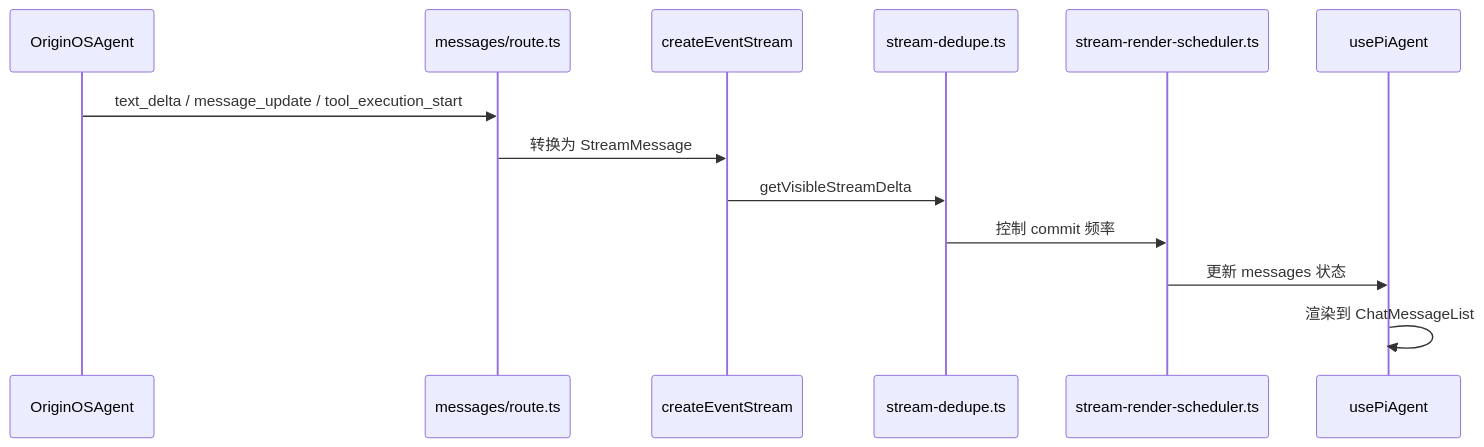
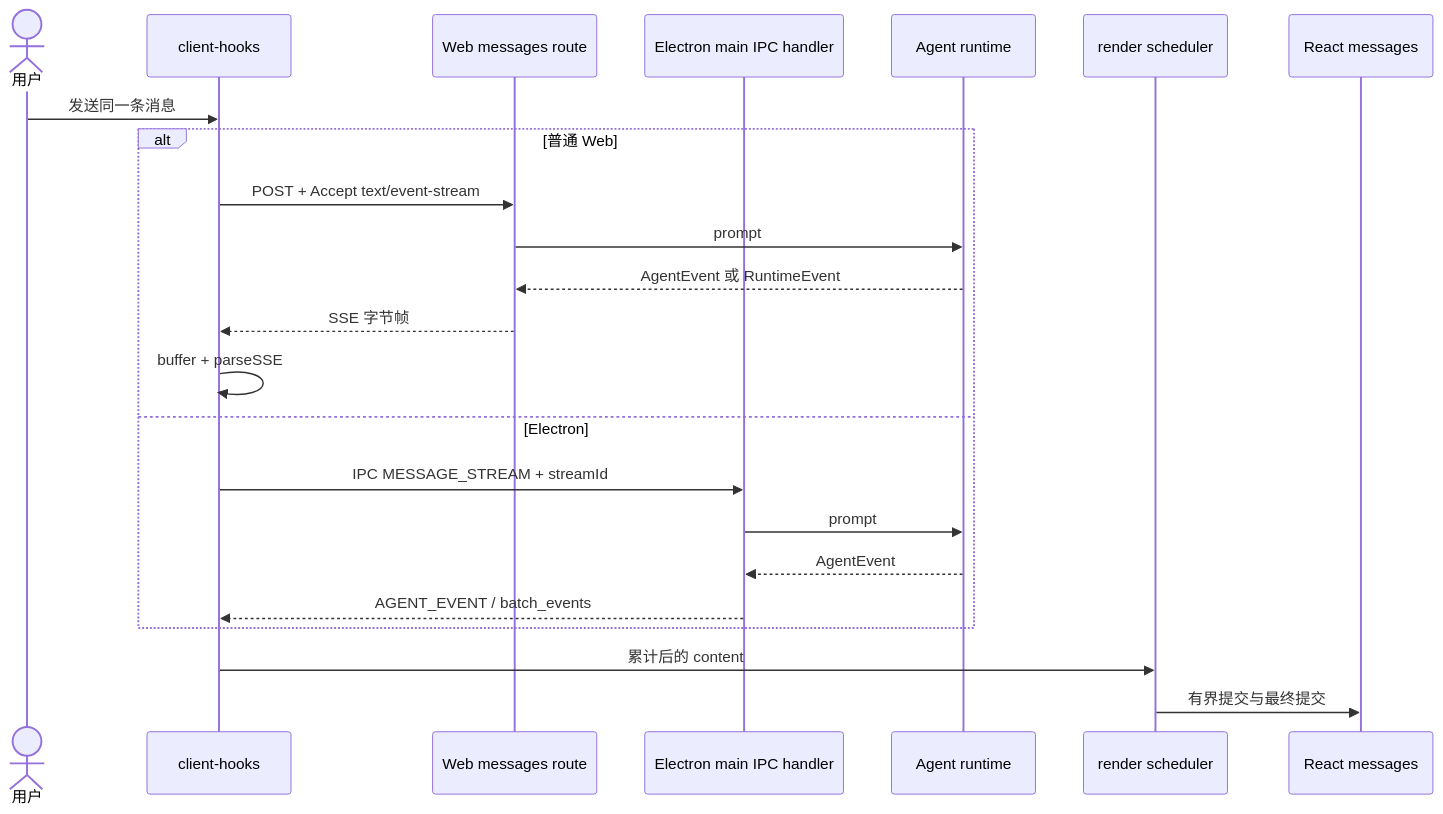
Before and after one commit to LavaCourage07/startupOS: the diagram in learning-note/full-project-course-v2/textbook/part-b-user-operation-chain/B09-streaming-response-piece-by-piece.md, drawn with Mermaid. The commit also changed other lines of this file and 560 other files, not shown here.

````diff
--- a/learning-note/full-project-course-v2/textbook/part-b-user-operation-chain/B09-streaming-response-piece-by-piece.md
+++ b/learning-note/full-project-course-v2/textbook/part-b-user-operation-chain/B09-streaming-response-piece-by-piece.md
@@ -11,16 +9,26 @@
 ```mermaid
 sequenceDiagram
-    participant Runtime as OriginOSAgent
-    participant API as messages/route.ts
-    participant Bridge as createEventStream
-    participant Dedupe as stream-dedupe.ts
-    participant Scheduler as stream-render-scheduler.ts
-    participant UI as usePiAgent
+    actor U as 用户
+    participant H as client-hooks
+    participant W as Web messages route
+    participant E as Electron main IPC handler
+    participant R as Agent runtime
+    participant Q as render scheduler
+    participant UI as React messages
 
-    Runtime->>API: text_delta / message_update / tool_execution_start
-    API->>Bridge: 转换为 StreamMessage
-    Bridge->>Dedupe: getVisibleStreamDelta
-    Dedupe->>Scheduler: 控制 commit 频率
-    Scheduler->>UI: 更新 messages 状态
-    UI->>UI: 渲染到 ChatMessageList
+    U->>H: 发送同一条消息
+    alt 普通 Web
+        H->>W: POST + Accept text/event-stream
+        W->>R: prompt
+        R-->>W: AgentEvent 或 RuntimeEvent
+        W-->>H: SSE 字节帧
+        H->>H: buffer + parseSSE
+    else Electron
+        H->>E: IPC MESSAGE_STREAM + streamId
+        E->>R: prompt
+        R-->>E: AgentEvent
+        E-->>H: AGENT_EVENT / batch_events
+    end
+    H->>Q: 累计后的 content
+    Q->>UI: 有界提交与最终提交
 ```
````
